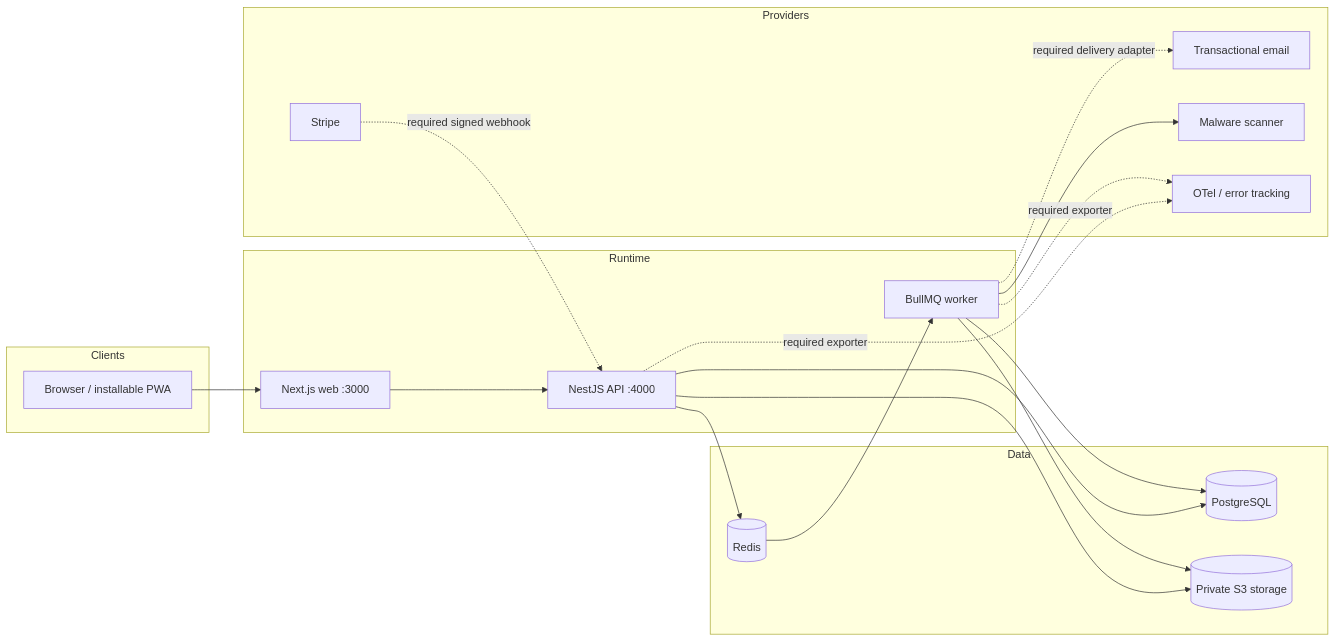
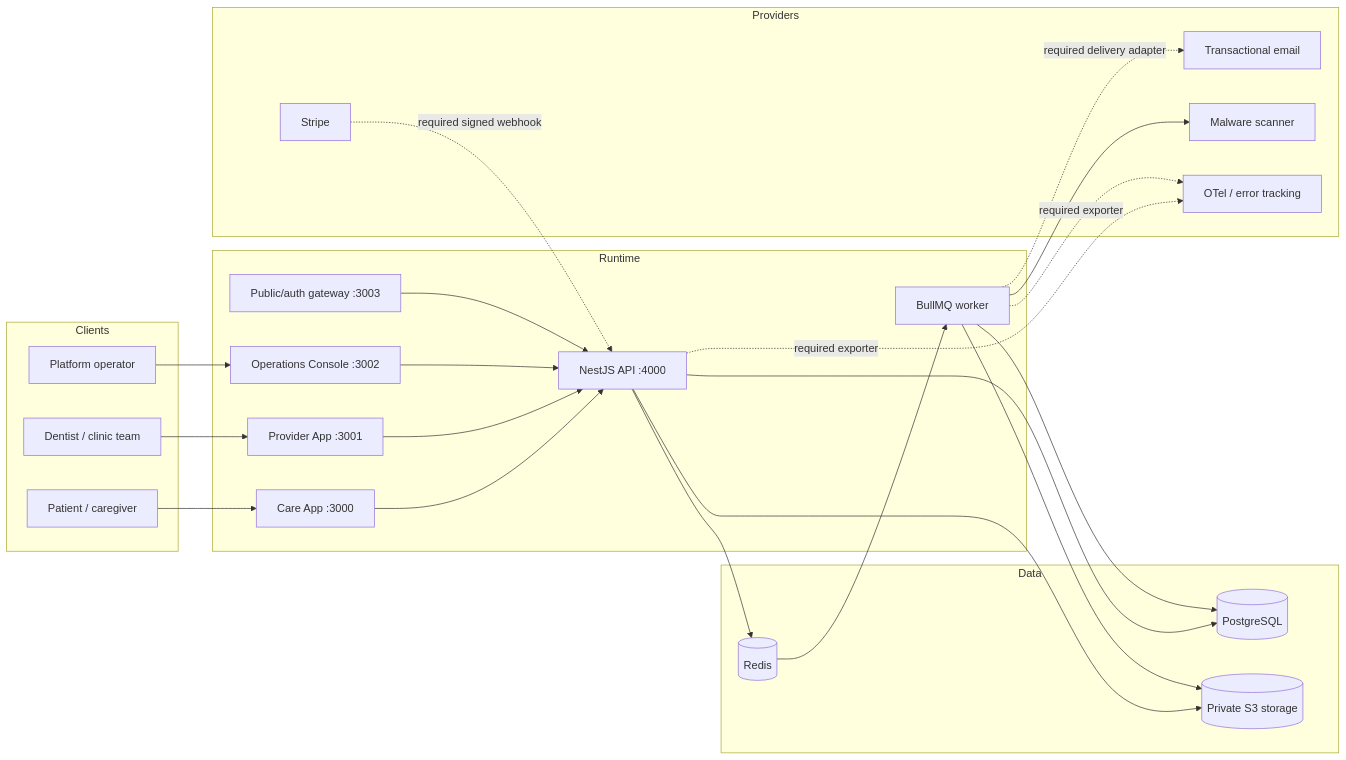
Before and after one commit to khiemnd777/dental-trust: the first of 2 diagrams in docs/ARCHITECTURE.md, drawn with Mermaid. The commit also changed other lines of this file and 165 other files, not shown here.

````diff
--- a/docs/ARCHITECTURE.md
+++ b/docs/ARCHITECTURE.md
@@ -11,35 +11,45 @@
 ```mermaid
 flowchart LR
   subgraph Clients
-    Browser["Browser / installable PWA"]
+    Patient["Patient / caregiver"]
+    ProviderUser["Dentist / clinic team"]
+    Operator["Platform operator"]
   end
   subgraph Runtime
-    Web["Next.js web :3000"]
+    Care["Care App :3000"]
+    Provider["Provider App :3001"]
+    Operations["Operations Console :3002"]
+    Gateway["Public/auth gateway :3003"]
     API["NestJS API :4000"]
     Worker["BullMQ worker"]
   end
   subgraph Data
     PG[("PostgreSQL")]
     Redis[("Redis")]
     Objects[("Private S3 storage")]
   end
   subgraph Providers
     Email["Transactional email"]
     Stripe["Stripe"]
     Scanner["Malware scanner"]
     Telemetry["OTel / error tracking"]
   end
-  Browser --> Web
-  Web --> API
+  Patient --> Care
+  ProviderUser --> Provider
+  Operator --> Operations
+  Care --> API
+  Provider --> API
+  Operations --> API
+  Gateway --> API
   API --> PG
   API --> Redis
   API --> Objects
   Redis --> Worker
   Worker --> PG
   Worker --> Objects
   Worker -. "required delivery adapter" .-> Email
   Worker --> Scanner
   Stripe -. "required signed webhook" .-> API
   API -. "required exporter" .-> Telemetry
   Worker -. "required exporter" .-> Telemetry
 ```
````
